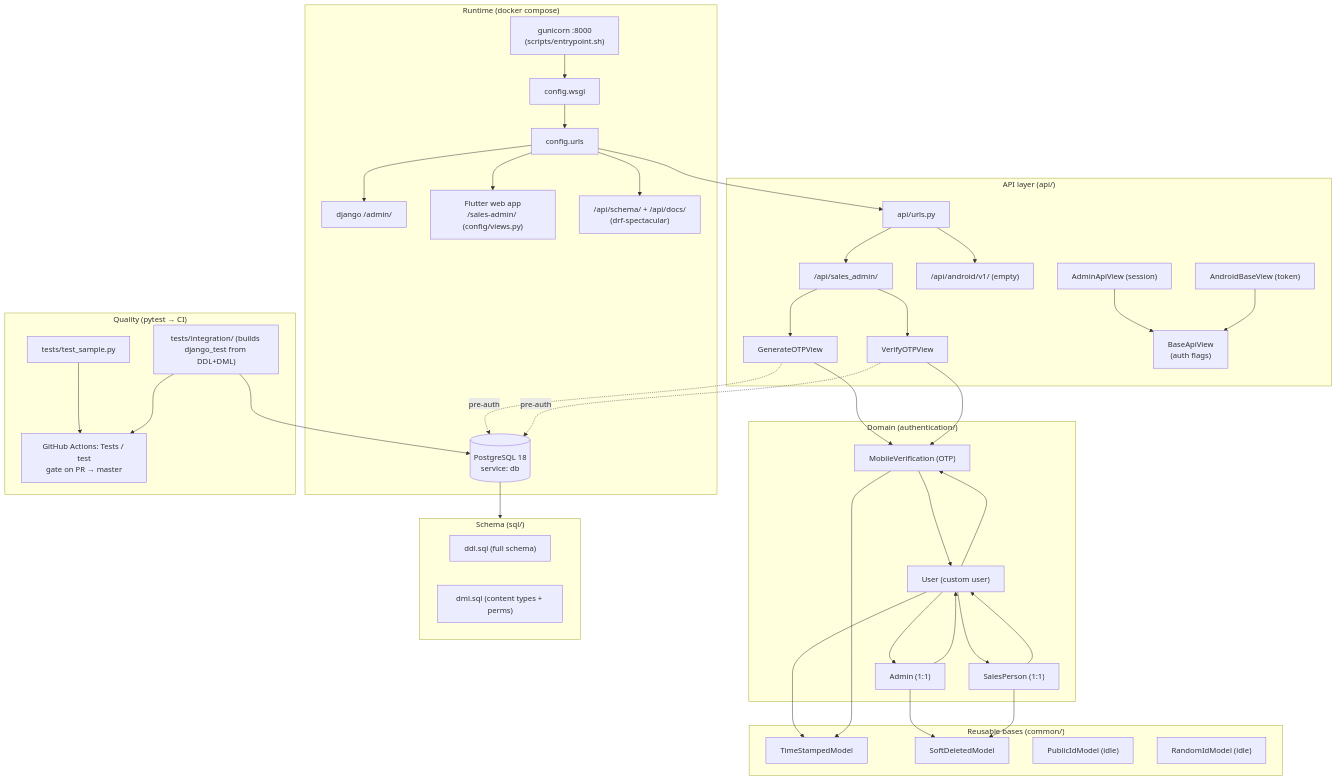
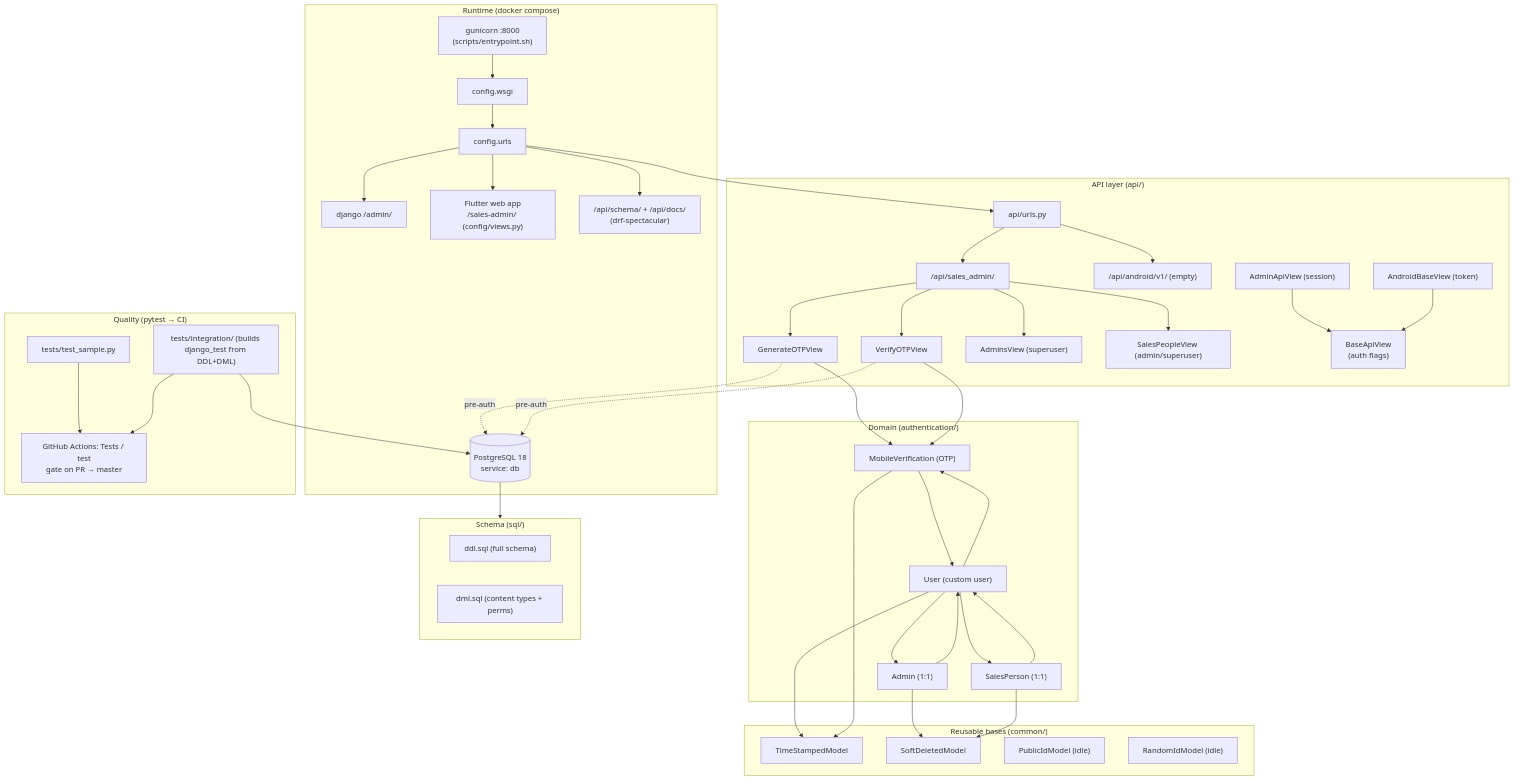
The first of 2 diagrams in docs/knowledge-graph.md (itsaiseeds/backend-erp), drawn with Mermaid before and after one commit. The commit also changed other lines of this file and 8 other files, not shown here.

````diff
--- a/docs/knowledge-graph.md
+++ b/docs/knowledge-graph.md
@@ -12,62 +12,64 @@
 ```mermaid
 graph TD
     subgraph RUNS["Runtime (docker compose)"]
         GW["gunicorn :8000<br/>(scripts/entrypoint.sh)"] --> WSGI["config.wsgi"]
         WSGI --> URLS["config.urls"]
         DB[(PostgreSQL 18<br/>service: db)]
         URLS --> ADMIN["django /admin/"]
         URLS --> FL["Flutter web app<br/>/sales-admin/ (config/views.py)"]
         URLS --> SCHEMA["/api/schema/ + /api/docs/<br/>(drf-spectacular)"]
     end
 
     subgraph API["API layer (api/)"]
         URLS --> APIROOT["api/urls.py"]
         APIROOT --> SA["/api/sales_admin/"]
         SA --> OTPREQ["GenerateOTPView"]
         SA --> OTPVER["VerifyOTPView"]
+        SA --> ADMV["AdminsView (superuser)"]
+        SA --> SPLV["SalesPeopleView (admin/superuser)"]
         APIROOT --> AND["/api/android/v1/ (empty)"]
         ADMINV["AdminApiView (session)"] --> BASE["BaseApiView<br/>(auth flags)"]
         ANDV["AndroidBaseView (token)"] --> BASE
         OTPREQ -. pre-auth .-> DB
         OTPVER -. pre-auth .-> DB
     end
 
     subgraph DOMAIN["Domain (authentication/)"]
         U["User (custom user)"]
         U --> ADMINP["Admin (1:1)"]
         U --> SPP["SalesPerson (1:1)"]
         U --> MV["MobileVerification (OTP)"]
     end
 
     subgraph COMMON["Reusable bases (common/)"]
         TS["TimeStampedModel"]
         SD["SoftDeletedModel"]
         PID["PublicIdModel (idle)"]
         RID["RandomIdModel (idle)"]
     end
 
     subgraph DATA["Schema (sql/)"]
         DDL["ddl.sql (full schema)"]
         DML["dml.sql (content types + perms)"]
     end
 
     DB --> DATA
     OTPREQ --> MV
     OTPVER --> MV
     MV --> U
     ADMINP --> U
     SPP --> U
     U --> TS
     ADMINP --> SD
     SPP --> SD
     MV --> TS
 
     subgraph QA["Quality (pytest → CI)"]
         UNIT["tests/test_sample.py"]
         IT["tests/integration/ (builds django_test from DDL+DML)"]
         CI["GitHub Actions: Tests / test<br/>gate on PR → master"]
     end
     IT --> DB
     UNIT --> CI
     IT --> CI
 ```
````
